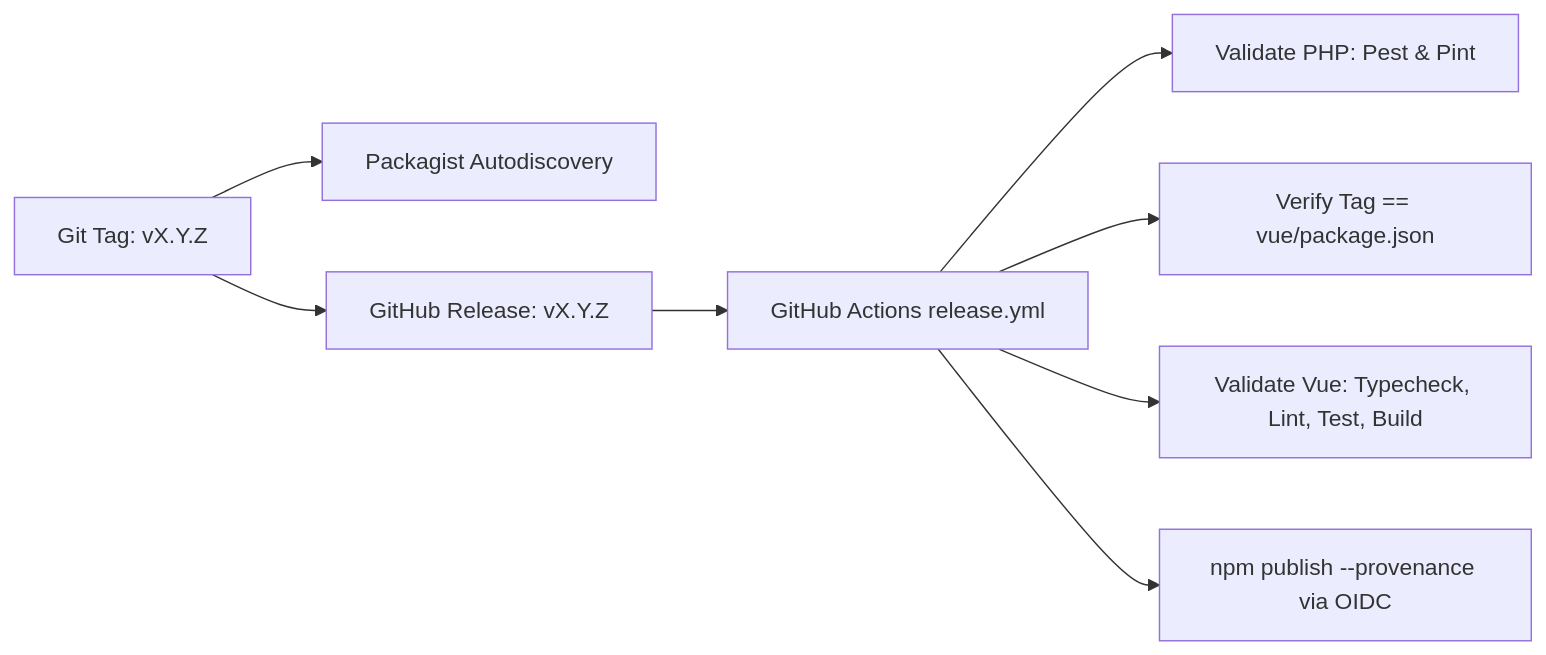
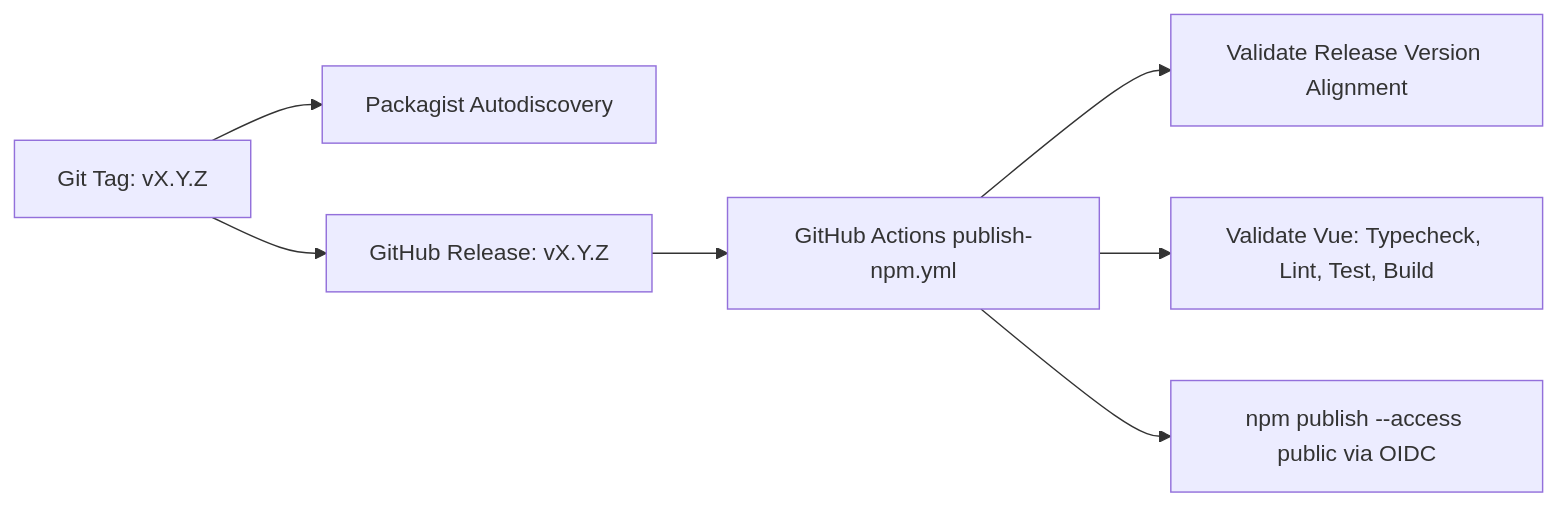
The diagram in docs/RELEASING.md (Zonvoir-technologies/laravel-inertia-table), drawn with Mermaid before and after one commit. The commit also changed other lines of this file and 5 other files, not shown here.

Commit message:
chore: configure OIDC npm publishing workflow and update release documentation

````diff
--- a/docs/RELEASING.md
+++ b/docs/RELEASING.md
@@ -15,10 +15,9 @@
 ```mermaid
 flowchart LR
     GitTag[Git Tag: vX.Y.Z] --> Packagist[Packagist Autodiscovery]
     GitTag --> GHRelease[GitHub Release: vX.Y.Z]
-    GHRelease --> ReleaseWorkflow[GitHub Actions release.yml]
-    ReleaseWorkflow --> Gate1[Validate PHP: Pest & Pint]
-    ReleaseWorkflow --> Gate2[Verify Tag == vue/package.json]
-    ReleaseWorkflow --> Gate3[Validate Vue: Typecheck, Lint, Test, Build]
-    ReleaseWorkflow --> NPMPublish[npm publish --provenance via OIDC]
+    GHRelease --> ReleaseWorkflow[GitHub Actions publish-npm.yml]
+    ReleaseWorkflow --> Gate1[Validate Release Version Alignment]
+    ReleaseWorkflow --> Gate2[Validate Vue: Typecheck, Lint, Test, Build]
+    ReleaseWorkflow --> NPMPublish[npm publish --access public via OIDC]
 ```
````
